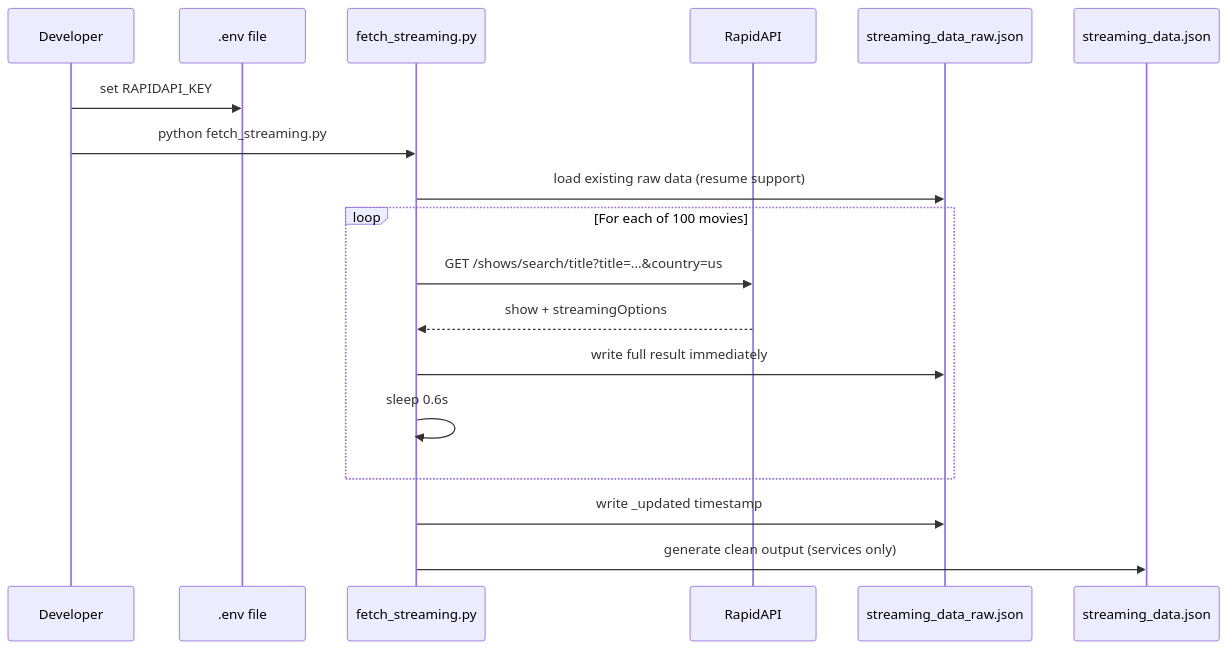
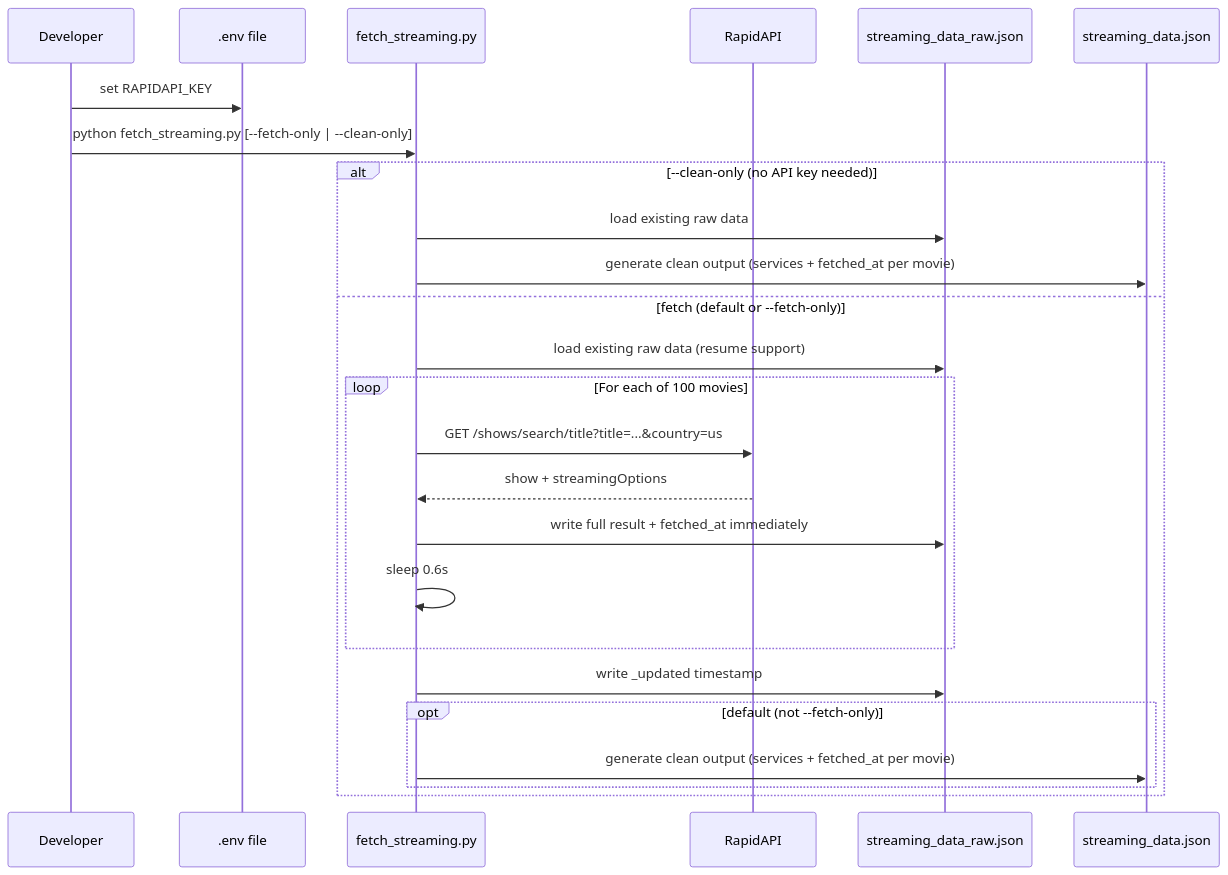
Before and after one commit to BarkleyBG/nyt_movies_streaming: the second of 5 diagrams in WORKFLOW.md, drawn with Mermaid. The commit also changed other lines of this file and 3 other files, not shown here.

First line of the commit message:
Update docs for fetch_streaming.py CLI args and fetched_at schema

````diff
--- a/WORKFLOW.md
+++ b/WORKFLOW.md
@@ -34,21 +42,29 @@
 ```mermaid
 sequenceDiagram
     participant Dev as Developer
     participant Env as .env file
     participant PY as fetch_streaming.py
     participant API as RapidAPI
     participant RAW as streaming_data_raw.json
     participant JSON as streaming_data.json
 
     Dev->>Env: set RAPIDAPI_KEY
-    Dev->>PY: python fetch_streaming.py
-    PY->>RAW: load existing raw data (resume support)
-    loop For each of 100 movies
-        PY->>API: GET /shows/search/title?title=...&country=us
-        API-->>PY: show + streamingOptions
-        PY->>RAW: write full result immediately
-        PY->>PY: sleep 0.6s
+    Dev->>PY: python fetch_streaming.py [--fetch-only | --clean-only]
+
+    alt --clean-only (no API key needed)
+        PY->>RAW: load existing raw data
+        PY->>JSON: generate clean output (services + fetched_at per movie)
+    else fetch (default or --fetch-only)
+        PY->>RAW: load existing raw data (resume support)
+        loop For each of 100 movies
+            PY->>API: GET /shows/search/title?title=...&country=us
+            API-->>PY: show + streamingOptions
+            PY->>RAW: write full result + fetched_at immediately
+            PY->>PY: sleep 0.6s
+        end
+        PY->>RAW: write _updated timestamp
+        opt default (not --fetch-only)
+            PY->>JSON: generate clean output (services + fetched_at per movie)
+        end
     end
-    PY->>RAW: write _updated timestamp
-    PY->>JSON: generate clean output (services only)
 ```
````
